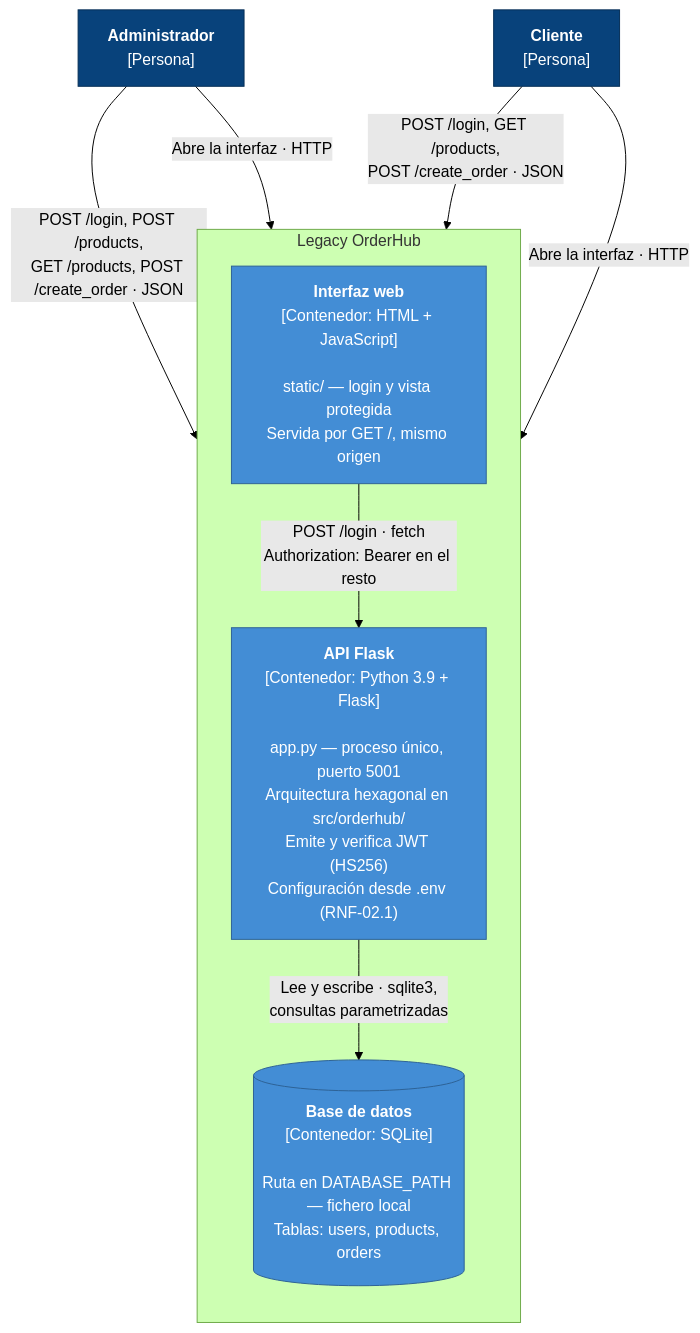
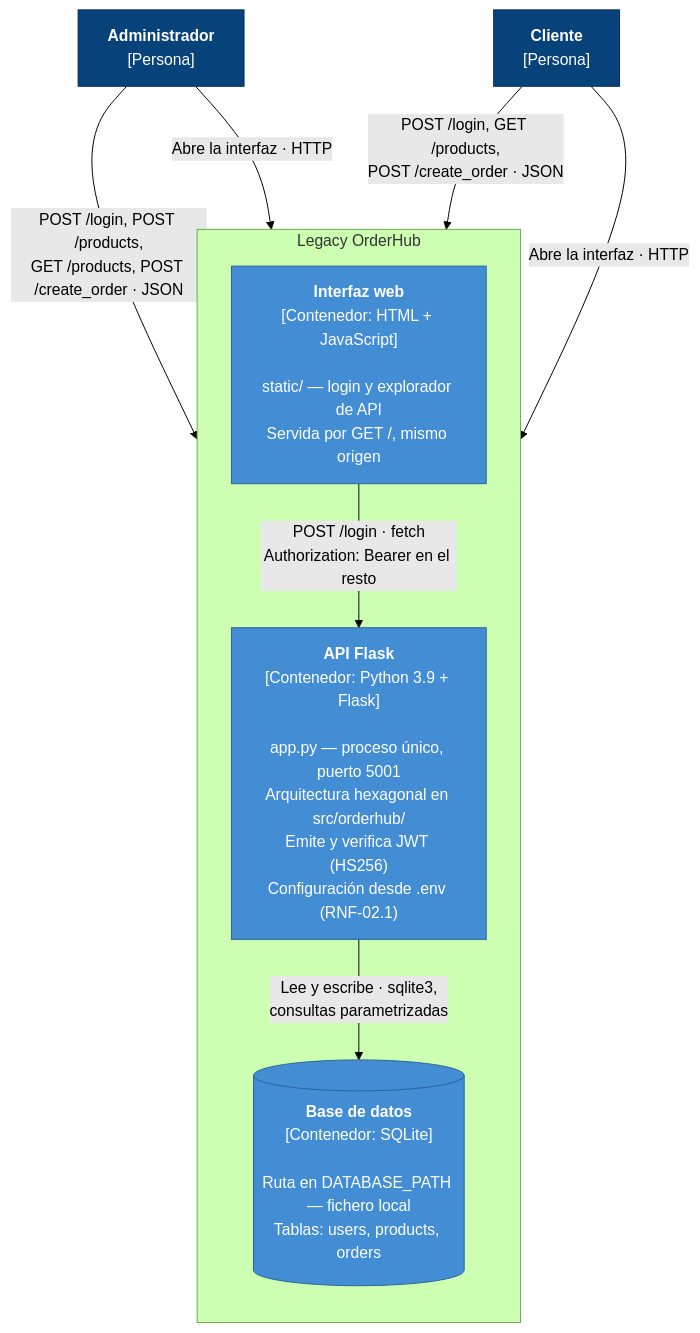
The second of 6 diagrams in docs/ARCHITECTURE.md (juancardonaie/legacy-order-hub), drawn with Mermaid (forest theme) before and after one commit. The commit also changed other lines of this file and 13 other files, not shown here.

Commit message:
feature/creacion-login- Se crea interfaz para consumir mejor los endpoints de la API

````diff
--- a/docs/ARCHITECTURE.md
+++ b/docs/ARCHITECTURE.md
@@ -239,30 +239,30 @@
 ```mermaid
 flowchart TB
     admin["<b>Administrador</b><br/>[Persona]"]
     cliente["<b>Cliente</b><br/>[Persona]"]
 
     subgraph sistema ["Legacy OrderHub"]
         direction TB
-        panel["<b>Interfaz web</b><br/>[Contenedor: HTML + JavaScript]<br/><br/>static/ — login y vista protegida<br/>Servida por GET /, mismo origen"]
+        panel["<b>Interfaz web</b><br/>[Contenedor: HTML + JavaScript]<br/><br/>static/ — login y explorador de API<br/>Servida por GET /, mismo origen"]
         api["<b>API Flask</b><br/>[Contenedor: Python 3.9 + Flask]<br/><br/>app.py — proceso único, puerto 5001<br/>Arquitectura hexagonal en src/orderhub/<br/>Emite y verifica JWT (HS256)<br/>Configuración desde .env (RNF-02.1)"]
         db[("<b>Base de datos</b><br/>[Contenedor: SQLite]<br/><br/>Ruta en DATABASE_PATH — fichero local<br/>Tablas: users, products, orders")]
     end
 
     admin -->|"POST /login, POST /products,<br/>GET /products, POST /create_order · JSON"| api
     cliente -->|"POST /login, GET /products,<br/>POST /create_order · JSON"| api
     admin -->|"Abre la interfaz · HTTP"| panel
     cliente -->|"Abre la interfaz · HTTP"| panel
 
     panel -->|"POST /login · fetch<br/>Authorization: Bearer en el resto"| api
     api -->|"Lee y escribe · sqlite3,<br/>consultas parametrizadas"| db
 
     classDef persona fill:#08427b,stroke:#052e56,color:#ffffff
     classDef contenedor fill:#438dd5,stroke:#2e6295,color:#ffffff
     classDef almacen fill:#438dd5,stroke:#2e6295,color:#ffffff
     classDef roto fill:#c9723b,stroke:#8a4e28,color:#ffffff
 
     class admin,cliente persona
     class api contenedor
     class db almacen
     class panel contenedor
 ```
````
